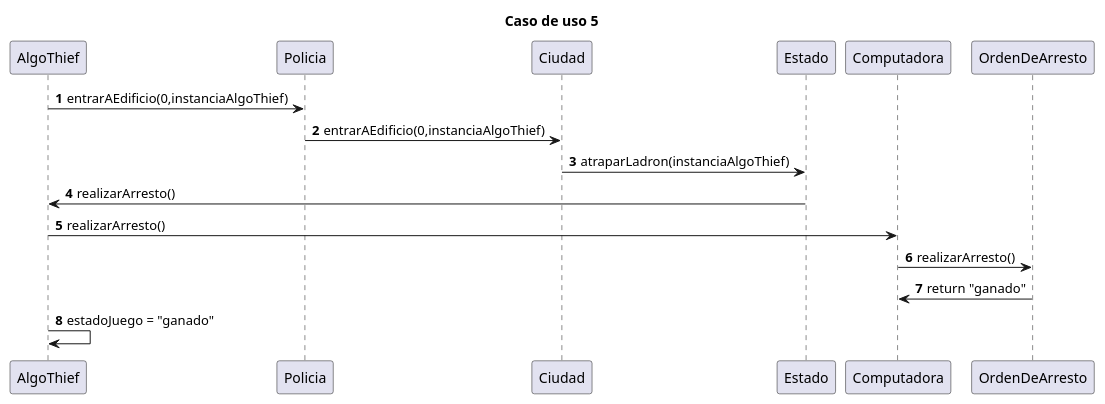
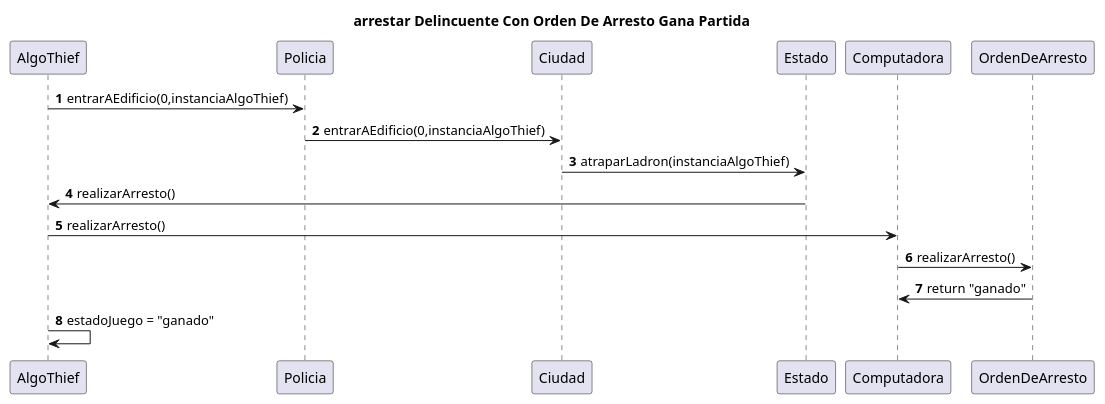
Before and after one commit to Fanusaez/TP2_algo3_algothief: the diagram in Entrega2/Caso de uso 5.puml, drawn with PlantUML. The commit also changed 5 other files, not shown here.

First line of the commit message:
Diagrama de clases completo.

```diff
--- a/Entrega2/Caso de uso 5.puml
+++ b/Entrega2/Caso de uso 5.puml
@@ -1,25 +1,25 @@
 @startuml
 'https://plantuml.com/sequence-diagram
 /'title: Problema de entrar a edificio por 3era vez en la última ciudad'/
-title: Caso de uso 5
+title: arrestar Delincuente Con Orden De Arresto Gana Partida
 autonumber
 
 /'AlgoThief -> Computadora: crearOrdenDeArrestoPara(unNombreDelincuente: String)
 Computadora -> OrdenDeArresto: setNombre(unNombreDelincuente: String)'/
 AlgoThief -> Policia: entrarAEdificio(0,instanciaAlgoThief)
 Policia -> Ciudad: entrarAEdificio(0,instanciaAlgoThief)
 Ciudad -> Estado: atraparLadron(instanciaAlgoThief)
 Estado -> AlgoThief: realizarArresto()
 AlgoThief -> Computadora: realizarArresto()
 Computadora -> OrdenDeArresto: realizarArresto()
 OrdenDeArresto -> Computadora: return "ganado"
 AlgoThief -> AlgoThief: estadoJuego = "ganado"
 /'Ciudad -> Estado: entrarAEdificio
 Estado -> Ciudad:  return "Estas cerca de atraparlo, ten cuidado!"
 Ciudad -> Policia: return "Estas cerca de atraparlo, ten cuidado!"
 Policia -> AlgoThief: return "Estas cerca de atraparlo, ten cuidado!"
 AlgoThief -> TestCase: return "Estas cerca de atraparlo, ten cuidado!"'/
 
 
 
 @enduml
```
